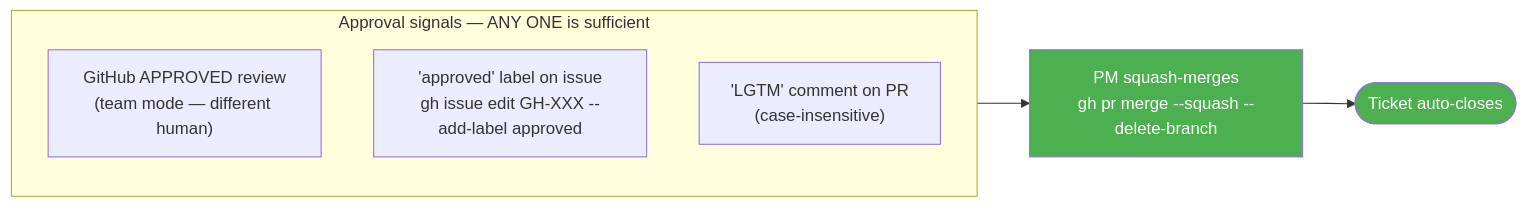
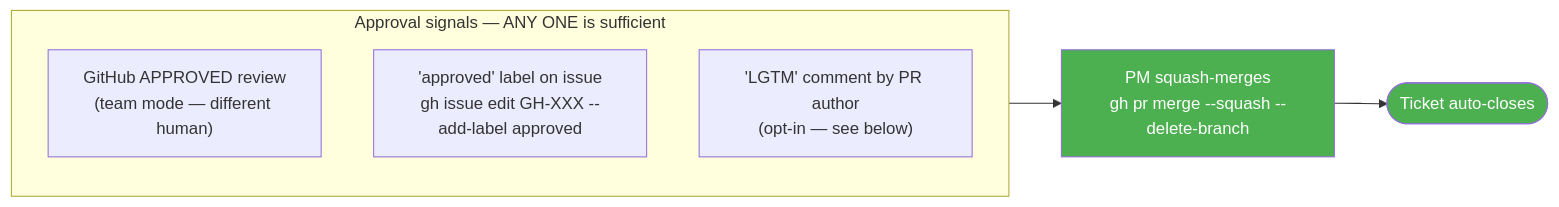
The fourth of 5 diagrams in doc/guides/autonomous-batch-delivery.md (juliusz-cwiakalski/agentic-delivery-os), drawn with Mermaid before and after one commit. The commit also changed other lines of this file and 4 other files, not shown here.

````diff
--- a/doc/guides/autonomous-batch-delivery.md
+++ b/doc/guides/autonomous-batch-delivery.md
@@ -175,13 +179,13 @@
 ```mermaid
 flowchart LR
     subgraph Signals["Approval signals — ANY ONE is sufficient"]
         S1["GitHub APPROVED review<br/>(team mode — different human)"]
         S2["'approved' label on issue<br/>gh issue edit GH-XXX --add-label approved"]
-        S3["'LGTM' comment on PR<br/>(case-insensitive)"]
+        S3["'LGTM' comment by PR author<br/>(opt-in — see below)"]
     end
     Signals --> MERGE["PM squash-merges<br/>gh pr merge --squash --delete-branch"]
     MERGE --> CLOSE(["Ticket auto-closes"])
 
     style MERGE fill:#4CAF50,color:#fff
     style CLOSE fill:#4CAF50,color:#fff
 ```
````
